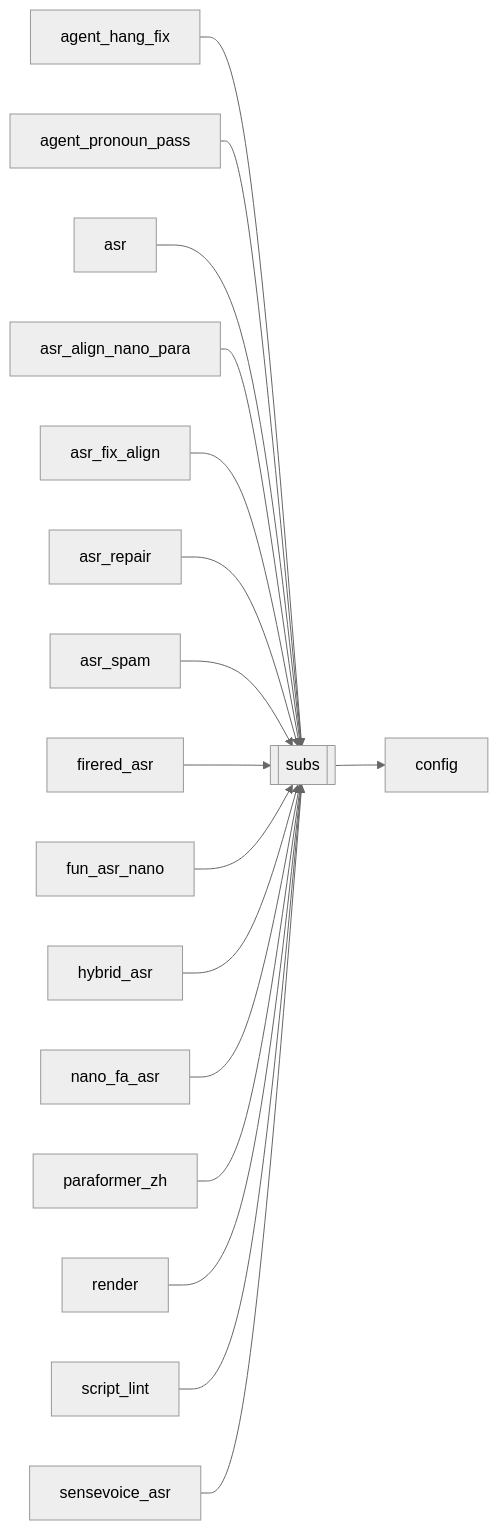
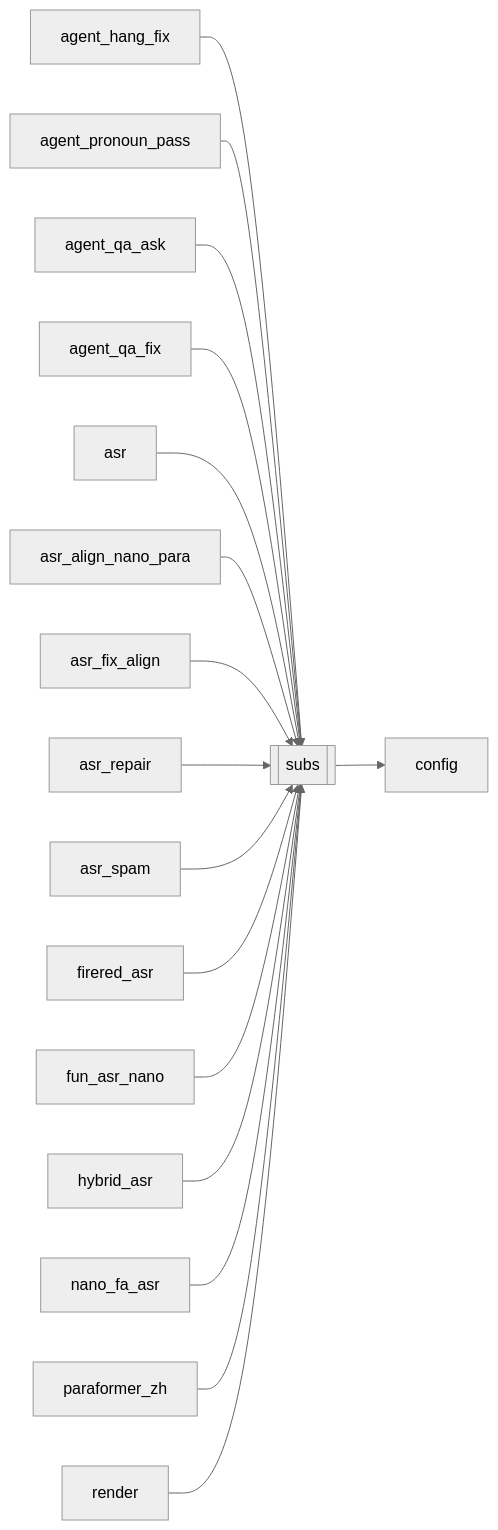
The diagram in docs/brain/modules/subs.md (kjza178/PineLineV4), drawn with Mermaid (neutral theme) before and after one commit. The commit also changed other lines of this file and 200 other files, not shown here.

````diff
--- a/docs/brain/modules/subs.md
+++ b/docs/brain/modules/subs.md
@@ -16,20 +16,20 @@
 ```mermaid
 flowchart LR
   subs[[subs]]
   agent_hang_fix[agent_hang_fix] --> subs
   agent_pronoun_pass[agent_pronoun_pass] --> subs
+  agent_qa_ask[agent_qa_ask] --> subs
+  agent_qa_fix[agent_qa_fix] --> subs
   asr[asr] --> subs
   asr_align_nano_para[asr_align_nano_para] --> subs
   asr_fix_align[asr_fix_align] --> subs
   asr_repair[asr_repair] --> subs
   asr_spam[asr_spam] --> subs
   firered_asr[firered_asr] --> subs
   fun_asr_nano[fun_asr_nano] --> subs
   hybrid_asr[hybrid_asr] --> subs
   nano_fa_asr[nano_fa_asr] --> subs
   paraformer_zh[paraformer_zh] --> subs
   render[render] --> subs
-  script_lint[script_lint] --> subs
-  sensevoice_asr[sensevoice_asr] --> subs
   subs --> config[config]
 ```
````
